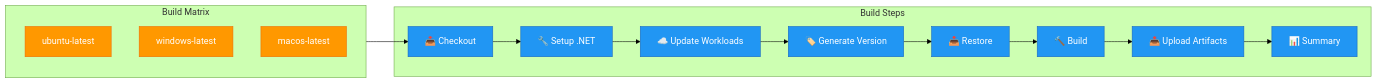
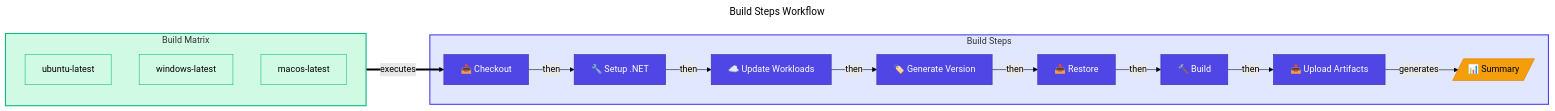
Before and after one commit to Evilazaro/Azure-LogicApps-Monitoring: the second of 3 diagrams in docs/devops/ci-dotnet-reusable.md, drawn with Mermaid (forest theme). The commit also changed other lines of this file, not shown here.

Commit message:
refactor: Enhance CI pipeline visualization with improved node styling and structure

````diff
--- a/docs/devops/ci-dotnet-reusable.md
+++ b/docs/devops/ci-dotnet-reusable.md
@@ -204,29 +227,49 @@
 ```mermaid
+---
+title: Build Steps Workflow
+---
 flowchart LR
+    %% ===== BUILD MATRIX =====
     subgraph Matrix["Build Matrix"]
         direction TB
-        U[ubuntu-latest]
-        W[windows-latest]
-        M[macos-latest]
+        U["ubuntu-latest"]
+        W["windows-latest"]
+        M["macos-latest"]
     end
 
+    %% ===== BUILD STEPS =====
     subgraph Steps["Build Steps"]
-        S1[📥 Checkout]
-        S2[🔧 Setup .NET]
-        S3[☁️ Update Workloads]
-        S4[🏷️ Generate Version]
-        S5[📥 Restore]
-        S6[🔨 Build]
-        S7[📤 Upload Artifacts]
-        S8[📊 Summary]
+        S1["📥 Checkout"]
+        S2["🔧 Setup .NET"]
+        S3["☁️ Update Workloads"]
+        S4["🏷️ Generate Version"]
+        S5["📥 Restore"]
+        S6["🔨 Build"]
+        S7["📤 Upload Artifacts"]
+        S8[/"📊 Summary"/]
     end
 
-    Matrix --> S1
-    S1 --> S2 --> S3 --> S4 --> S5 --> S6 --> S7 --> S8
+    %% ===== FLOW =====
+    Matrix ==>|executes| S1
+    S1 -->|then| S2
+    S2 -->|then| S3
+    S3 -->|then| S4
+    S4 -->|then| S5
+    S5 -->|then| S6
+    S6 -->|then| S7
+    S7 -->|generates| S8
 
-    classDef matrix fill:#FF9800,stroke:#EF6C00,color:#fff
-    classDef step fill:#2196F3,stroke:#1565C0,color:#fff
+    %% ===== NODE STYLING =====
+    classDef matrix fill:#D1FAE5,stroke:#10B981,color:#000000
+    classDef primary fill:#4F46E5,stroke:#3730A3,color:#FFFFFF
+    classDef datastore fill:#F59E0B,stroke:#D97706,color:#000000
 
+    %% ===== APPLY NODE CLASSES =====
     class U,W,M matrix
-    class S1,S2,S3,S4,S5,S6,S7,S8 step
+    class S1,S2,S3,S4,S5,S6,S7 primary
+    class S8 datastore
+
+    %% ===== SUBGRAPH STYLING =====
+    style Matrix fill:#D1FAE5,stroke:#10B981,stroke-width:2px
+    style Steps fill:#E0E7FF,stroke:#4F46E5,stroke-width:2px
 ```
````
